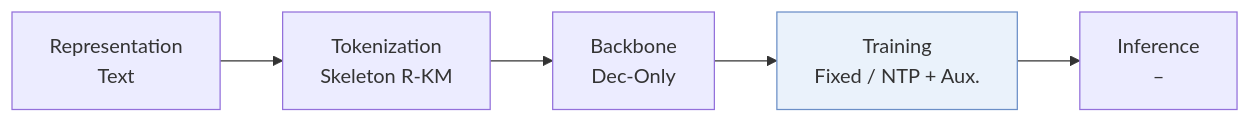
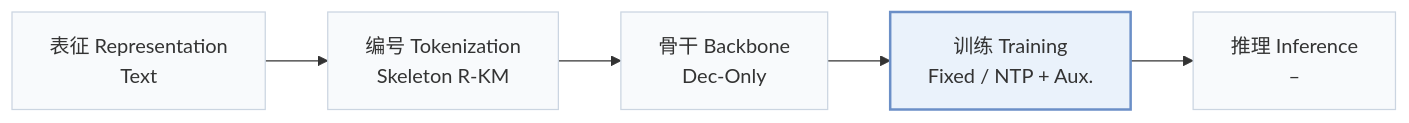
The first of 2 diagrams in pages/zh/papers/ghost.md (Galaxy-ghost/Awesome-SID-Generative-Rec), drawn with Mermaid before and after one commit. The commit also changed other lines of this file and 649 other files, not shown here.

Commit message:
writer-05: also tags and modality index (schema, check, build, visuals); summary field removed; calibration data for 12 papers

````diff
--- a/pages/zh/papers/ghost.md
+++ b/pages/zh/papers/ghost.md
@@ -13,6 +15,8 @@
 ```mermaid
 flowchart LR
-    R["Representation<br/>Text"] --> T["Tokenization<br/>Skeleton R-KM"] --> B["Backbone<br/>Dec-Only"] --> TR["Training<br/>Fixed / NTP + Aux."] --> I["Inference<br/>–"]
-    classDef main fill:#eaf2fb,stroke:#6b8fc7
+    R["表征 Representation<br/>Text"] --> T["编号 Tokenization<br/>Skeleton R-KM"] --> B["骨干 Backbone<br/>Dec-Only"] --> TR["训练 Training<br/>Fixed / NTP + Aux."] --> I["推理 Inference<br/>–"]
+    classDef base fill:#f8fafc,stroke:#cbd5e1
+    class R,T,B,TR,I base
+    classDef main fill:#eaf2fb,stroke:#6b8fc7,stroke-width:2px
     class TR main
 ```
````
